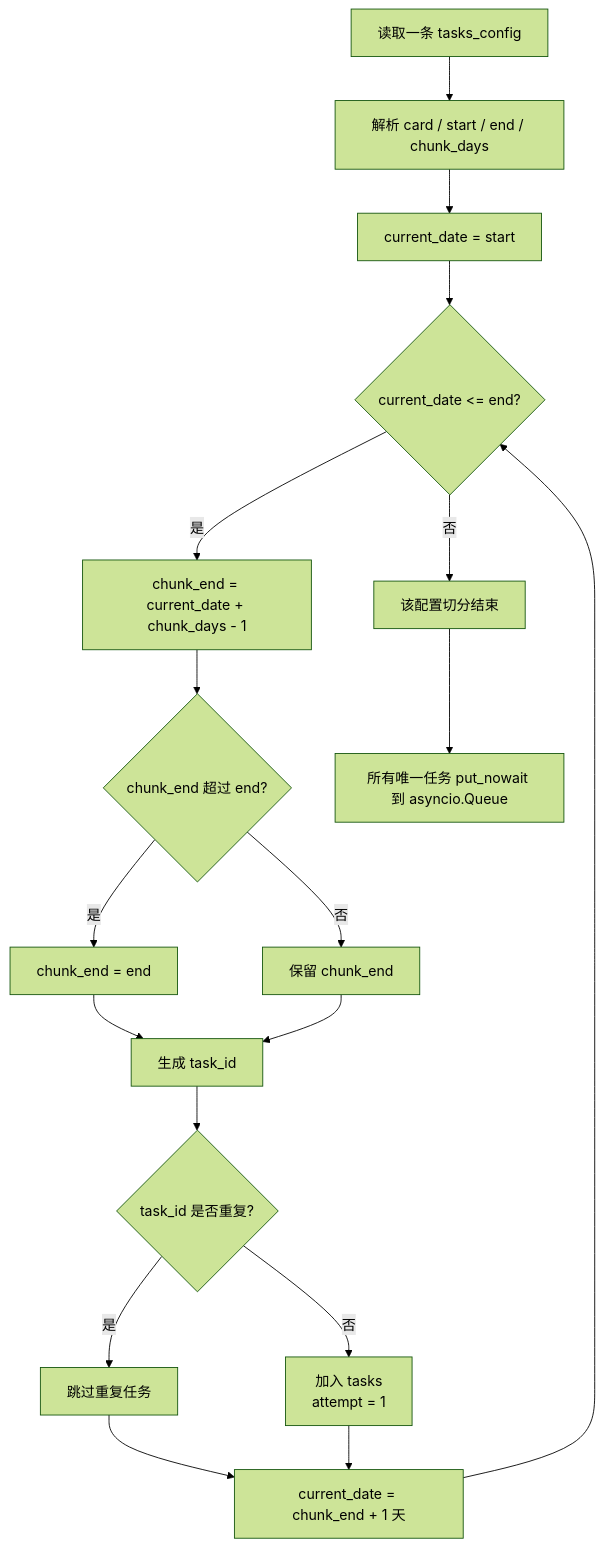
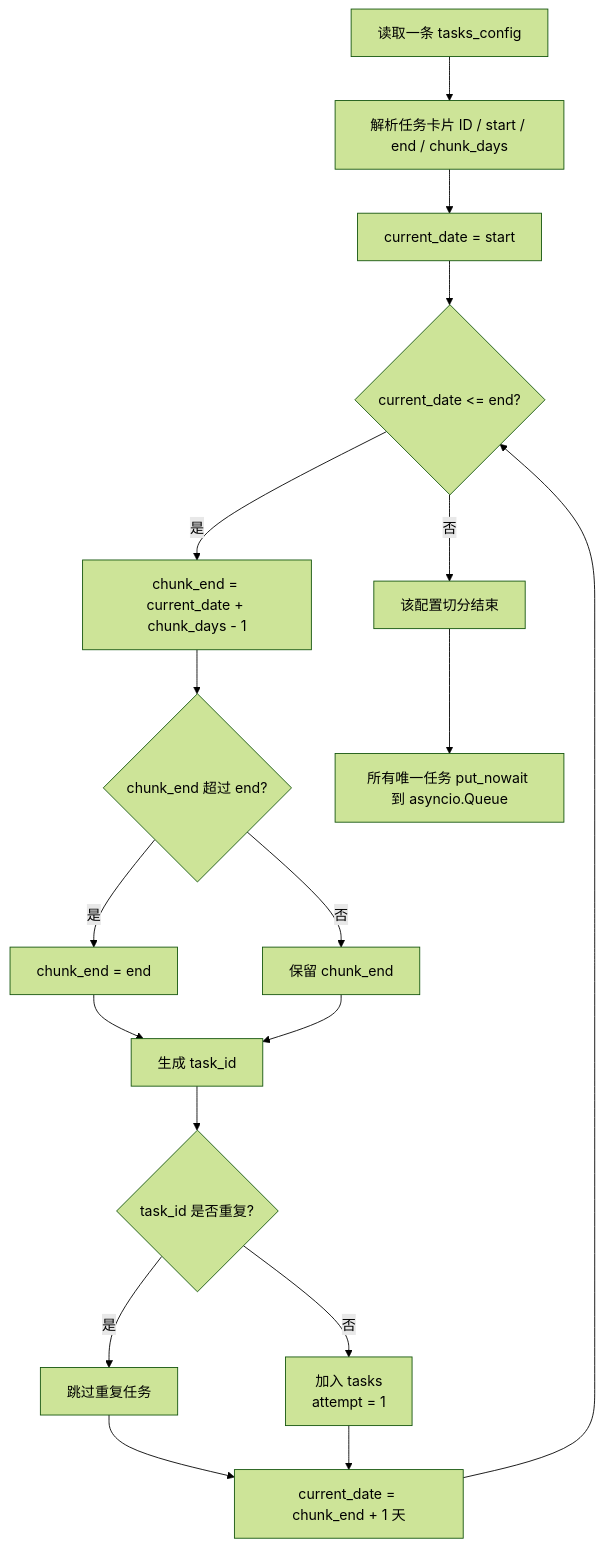
The fifth of 15 diagrams in ARCHITECTURE.md (liao084/BitBrowser-Backfill-Engine), drawn with Mermaid (forest theme) before and after one commit. The commit also changed other lines of this file and 14 other files, not shown here.

````diff
--- a/ARCHITECTURE.md
+++ b/ARCHITECTURE.md
@@ -214,20 +214,20 @@
 ```mermaid
 flowchart TD
-    A["读取一条 tasks_config"] --> B["解析 card / start / end / chunk_days"]
+    A["读取一条 tasks_config"] --> B["解析任务卡片 ID / start / end / chunk_days"]
     B --> C["current_date = start"]
     C --> D{"current_date <= end?"}
     D -->|"否"| J["该配置切分结束"]
     D -->|"是"| E["chunk_end = current_date + chunk_days - 1"]
     E --> F{"chunk_end 超过 end?"}
     F -->|"是"| G["chunk_end = end"]
     F -->|"否"| H["保留 chunk_end"]
     G --> I["生成 task_id"]
     H --> I
     I --> K{"task_id 是否重复?"}
     K -->|"是"| L["跳过重复任务"]
     K -->|"否"| M["加入 tasks<br/>attempt = 1"]
     L --> N["current_date = chunk_end + 1 天"]
     M --> N
     N --> D
     J --> O["所有唯一任务 put_nowait 到 asyncio.Queue"]
 ```
````
